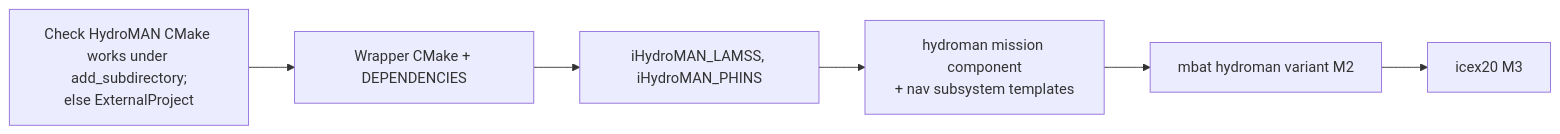
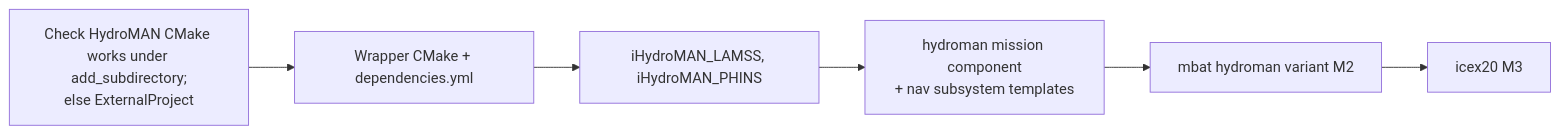
The second of 2 diagrams in core/src/doc/plan/claude/09-toolboxes.md (GobySoft/lamss3), drawn with Mermaid before and after one commit. The commit also changed other lines of this file and 11 other files, not shown here.

````diff
--- a/core/src/doc/plan/claude/09-toolboxes.md
+++ b/core/src/doc/plan/claude/09-toolboxes.md
@@ -49,4 +49,4 @@
 ```mermaid
 flowchart LR
-  a[Check HydroMAN CMake works under add_subdirectory;<br/>else ExternalProject] --> b[Wrapper CMake + DEPENDENCIES] --> c[iHydroMAN_LAMSS, iHydroMAN_PHINS] --> d[hydroman mission component<br/>+ nav subsystem templates] --> e[mbat hydroman variant M2] --> f[icex20 M3]
+  a[Check HydroMAN CMake works under add_subdirectory;<br/>else ExternalProject] --> b[Wrapper CMake + dependencies.yml] --> c[iHydroMAN_LAMSS, iHydroMAN_PHINS] --> d[hydroman mission component<br/>+ nav subsystem templates] --> e[mbat hydroman variant M2] --> f[icex20 M3]
 ```
````
